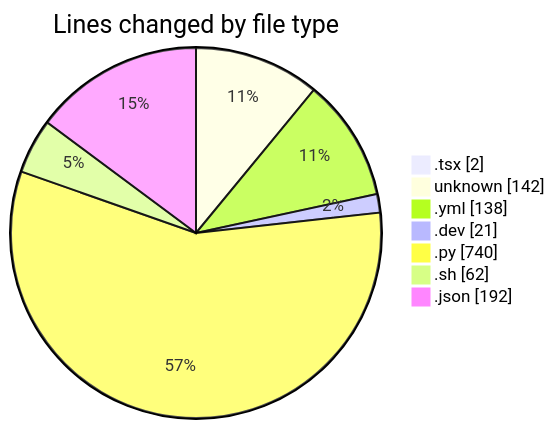
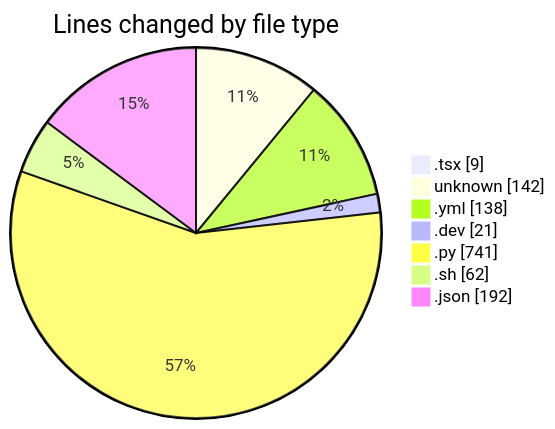
One commit to Elitesun/code-tracking changed the first of 2 diagrams in 2025-05-18/niten/README.md. Above: the diagram before and after it, drawn with Mermaid. The commit also changed other lines of this file and 1 other file, not shown here.

````diff
--- a/2025-05-18/niten/README.md
+++ b/2025-05-18/niten/README.md
@@ -31,11 +32,11 @@
 ```mermaid
 pie showData
 title Lines changed by file type
-".tsx" : 2
+".tsx" : 9
 "unknown" : 142
 ".yml" : 138
 ".dev" : 21
-".py" : 740
+".py" : 741
 ".sh" : 62
 ".json" : 192
 ```
````
